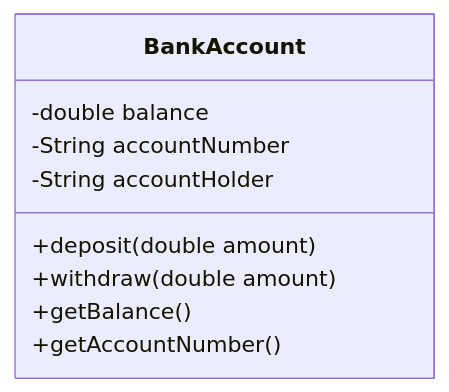
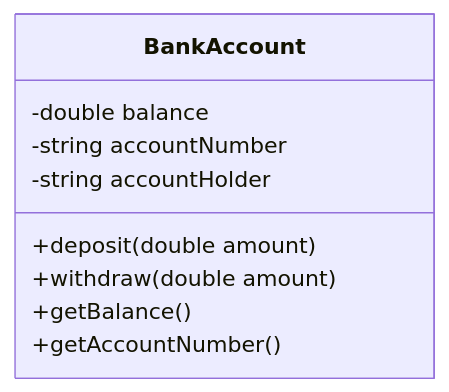
The first of 2 diagrams in topics/01-oop-fundamentals/encapsulation-abstraction.md (KnowledgeCenterYoutube/LLD), drawn with Mermaid before and after one commit. The commit also changed other lines of this file and 3 other files, not shown here.

````diff
--- a/topics/01-oop-fundamentals/encapsulation-abstraction.md
+++ b/topics/01-oop-fundamentals/encapsulation-abstraction.md
@@ -10,12 +10,12 @@
 ```mermaid
 classDiagram
     class BankAccount {
         -double balance
-        -String accountNumber
-        -String accountHolder
+        -string accountNumber
+        -string accountHolder
         +deposit(double amount)
         +withdraw(double amount)
         +getBalance()
         +getAccountNumber()
     }
 ```
````
